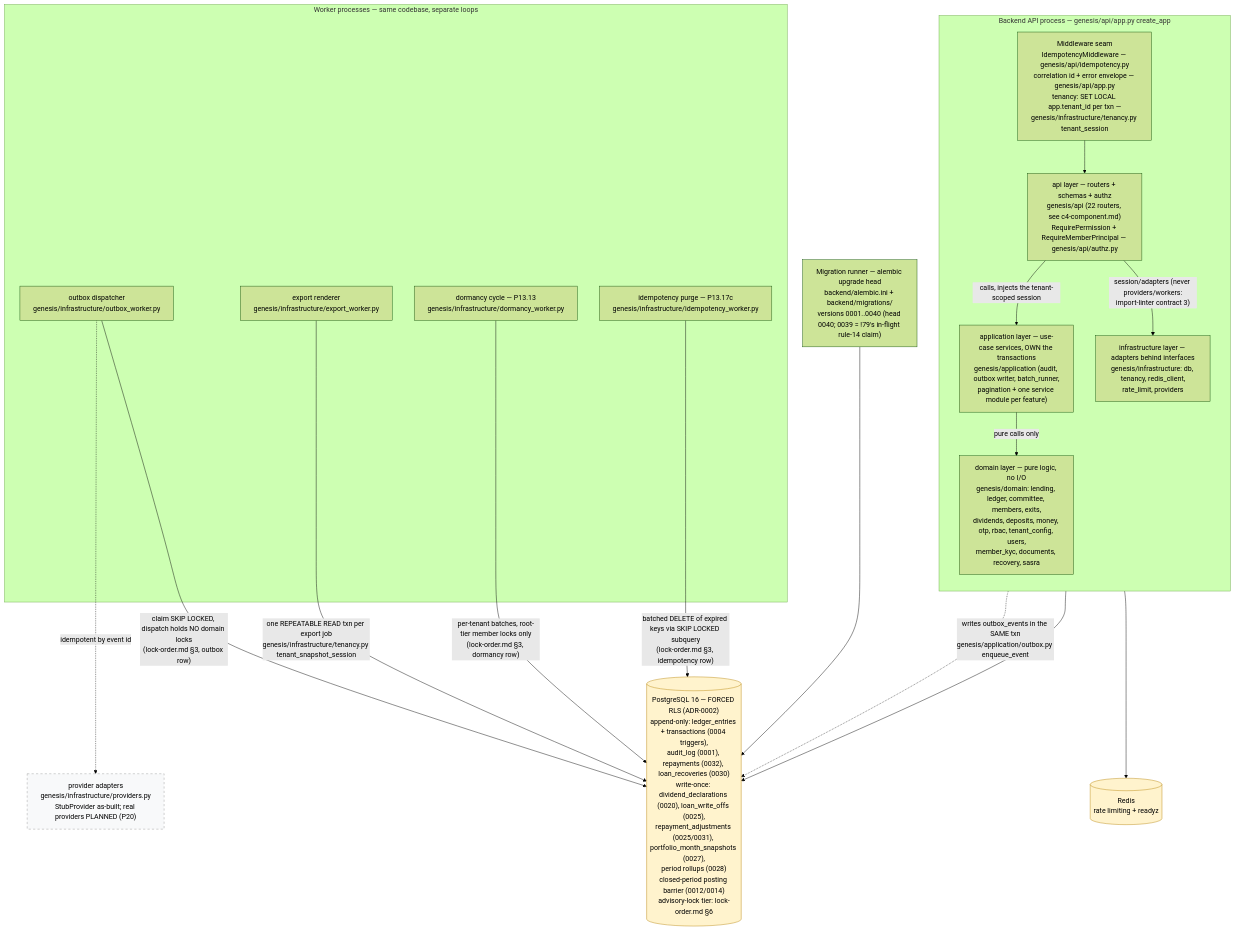
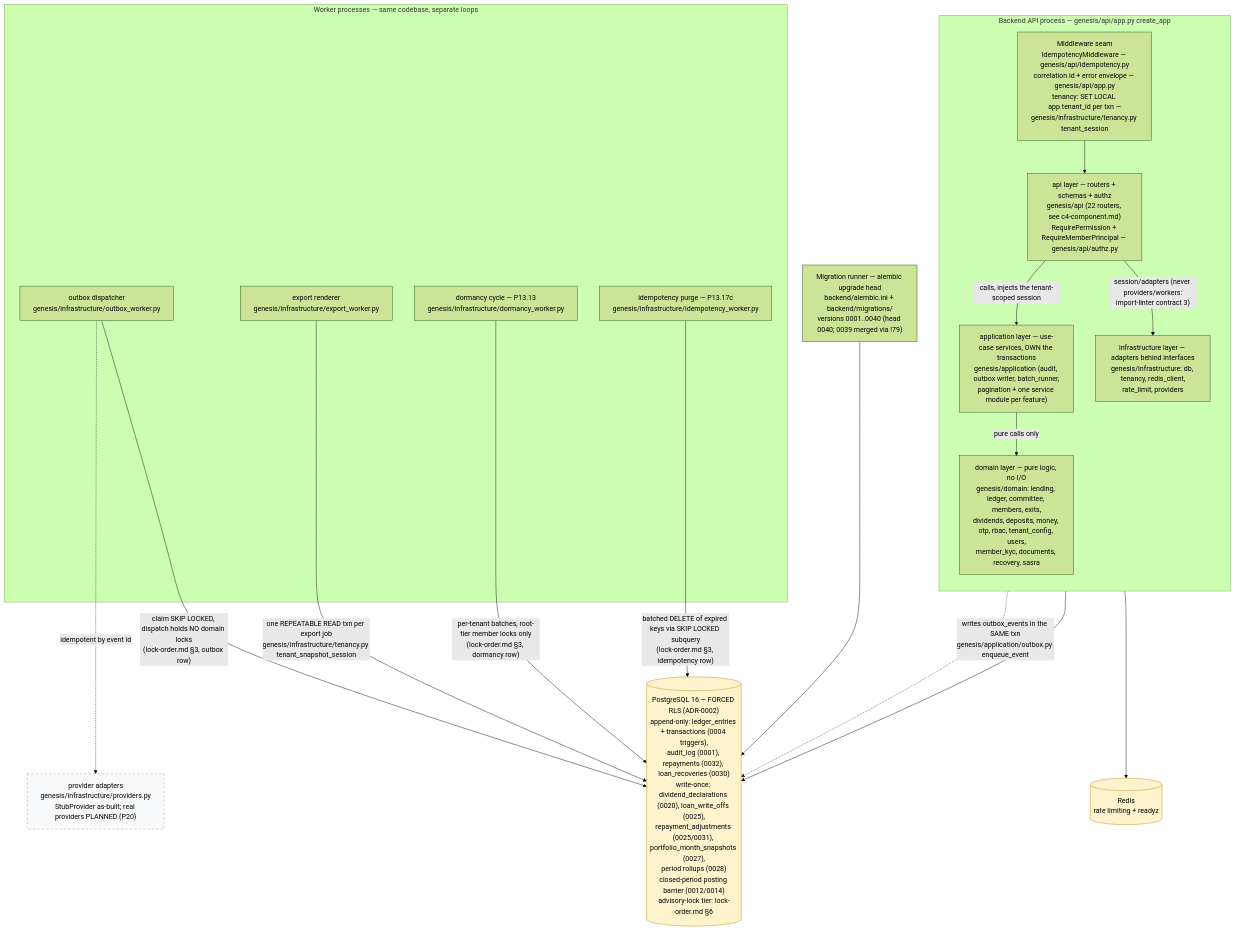
The diagram in docs/diagrams/c4-container.md (Benson-Kim/genesis-sacco), drawn with Mermaid (forest theme) before and after one commit. The commit also changed other lines of this file and 2 other files, not shown here.

Commit message:
fix: #31 remediation Phase 2 — re-chain 0040 down_revision 0038 -> 0039 after !79 merged (the 0017 precedent) + same-commit C4 head-citation refresh (rule 11)

````diff
--- a/docs/diagrams/c4-container.md
+++ b/docs/diagrams/c4-container.md
@@ -45,45 +48,45 @@
 ```mermaid
 flowchart TB
     %% Authored against main @ 08541b860f1445b16c342c39b6606d86b9dbeb17
     %% L2 containers — layering per backend/pyproject.toml [tool.importlinter].
 
     subgraph BE["Backend API process — genesis/api/app.py create_app"]
         direction TB
         MW["Middleware seam<br/>IdempotencyMiddleware — genesis/api/idempotency.py<br/>correlation id + error envelope — genesis/api/app.py<br/>tenancy: SET LOCAL app.tenant_id per txn —<br/>genesis/infrastructure/tenancy.py tenant_session"]
         APIL["api layer — routers + schemas + authz<br/>genesis/api (22 routers, see c4-component.md)<br/>RequirePermission + RequireMemberPrincipal — genesis/api/authz.py"]
         APPL["application layer — use-case services, OWN the transactions<br/>genesis/application (audit, outbox writer, batch_runner,<br/>pagination + one service module per feature)"]
         DOM["domain layer — pure logic, no I/O<br/>genesis/domain: lending, ledger, committee, members, exits,<br/>dividends, deposits, money, otp, rbac, tenant_config, users,<br/>member_kyc, documents, recovery, sasra"]
         INF["infrastructure layer — adapters behind interfaces<br/>genesis/infrastructure: db, tenancy, redis_client,<br/>rate_limit, providers"]
         MW --> APIL
         APIL -->|"calls, injects the tenant-scoped session"| APPL
         APPL -->|"pure calls only"| DOM
         APIL -->|"session/adapters (never providers/workers:<br/>import-linter contract 3)"| INF
     end
 
     subgraph WK["Worker processes — same codebase, separate loops"]
         OBW["outbox dispatcher<br/>genesis/infrastructure/outbox_worker.py"]
         EXW["export renderer<br/>genesis/infrastructure/export_worker.py"]
         DMW["dormancy cycle — P13.13<br/>genesis/infrastructure/dormancy_worker.py"]
         IDW["idempotency purge — P13.17c<br/>genesis/infrastructure/idempotency_worker.py"]
     end
 
-    MIG["Migration runner — alembic upgrade head<br/>backend/alembic.ini + backend/migrations/<br/>versions 0001..0040 (head 0040; 0039 = !79's in-flight rule-14 claim)"]
+    MIG["Migration runner — alembic upgrade head<br/>backend/alembic.ini + backend/migrations/<br/>versions 0001..0040 (head 0040; 0039 merged via !79)"]
 
     PG[("PostgreSQL 16 — FORCED RLS (ADR-0002)<br/>append-only: ledger_entries + transactions (0004 triggers),<br/>audit_log (0001), repayments (0032), loan_recoveries (0030)<br/>write-once: dividend_declarations (0020), loan_write_offs (0025),<br/>repayment_adjustments (0025/0031), portfolio_month_snapshots (0027),<br/>period rollups (0028)<br/>closed-period posting barrier (0012/0014)<br/>advisory-lock tier: lock-order.md §6")]
     RD[("Redis<br/>rate limiting + readyz")]
 
     APPL -.->|"writes outbox_events in the SAME txn<br/>genesis/application/outbox.py enqueue_event"| PG
     INF --> PG
     INF --> RD
     OBW -->|"claim SKIP LOCKED, dispatch holds NO domain locks<br/>(lock-order.md §3, outbox row)"| PG
     EXW -->|"one REPEATABLE READ txn per export job<br/>genesis/infrastructure/tenancy.py tenant_snapshot_session"| PG
     DMW -->|"per-tenant batches, root-tier member locks only<br/>(lock-order.md §3, dormancy row)"| PG
     IDW -->|"batched DELETE of expired keys via SKIP LOCKED subquery<br/>(lock-order.md §3, idempotency row)"| PG
     OBW -.->|"idempotent by event id"| PROV["provider adapters<br/>genesis/infrastructure/providers.py<br/>StubProvider as-built; real providers PLANNED (P20)"]
     MIG --> PG
 
     classDef store fill:#fff3cd,stroke:#b8860b;
     class PG,RD store;
     classDef planned fill:#f8f9fa,stroke:#999,stroke-dasharray: 5 5;
     class PROV planned;
 ```
````
